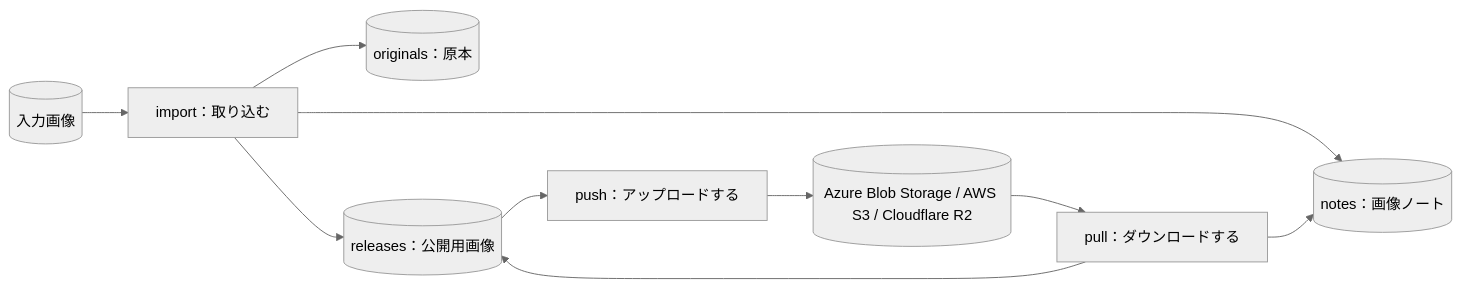
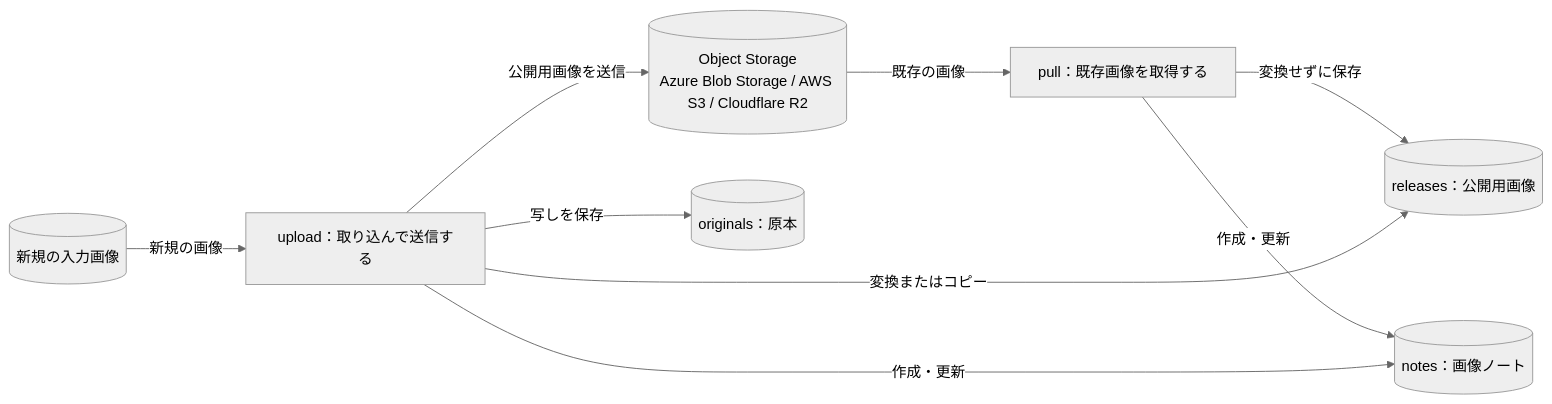
One commit to tuckn/tkn_object_storage_catalog changed the first of 6 diagrams in README.md. Above: the diagram before and after it, drawn with Mermaid (neutral theme). The commit also changed other lines of this file and 2 other files, not shown here.

First line of the commit message:
docs: Update contracts and live-storage documentation for clarity and accuracy

````diff
--- a/README.md
+++ b/README.md
@@ -110,12 +110,19 @@
 ```mermaid
 flowchart LR
-    Input[("入力画像")] --> Import["import：取り込む"]
-    Import --> Originals[("originals：原本")]
-    Import --> Releases[("releases：公開用画像")]
-    Import --> Notes[("notes：画像ノート")]
-    Releases --> Push["push：アップロードする"]
-    Push --> Blob[("Azure Blob Storage / AWS S3 / Cloudflare R2")]
-    Blob --> Pull["pull：ダウンロードする"]
-    Pull --> Releases
-    Pull --> Notes
+    Cloud[("Object Storage<br/>Azure Blob Storage / AWS S3 / Cloudflare R2")]
+    Input[("新規の入力画像")]
+    Pull["pull：既存画像を取得する"]
+    Upload["upload：取り込んで送信する"]
+    Originals[("originals：原本")]
+    Releases[("releases：公開用画像")]
+    Notes[("notes：画像ノート")]
+
+    Cloud -->|"既存の画像"| Pull
+    Pull -->|"変換せずに保存"| Releases
+    Pull -->|"作成・更新"| Notes
+    Input -->|"新規の画像"| Upload
+    Upload -->|"写しを保存"| Originals
+    Upload -->|"変換またはコピー"| Releases
+    Upload -->|"作成・更新"| Notes
+    Upload -->|"公開用画像を送信"| Cloud
 ```
````
